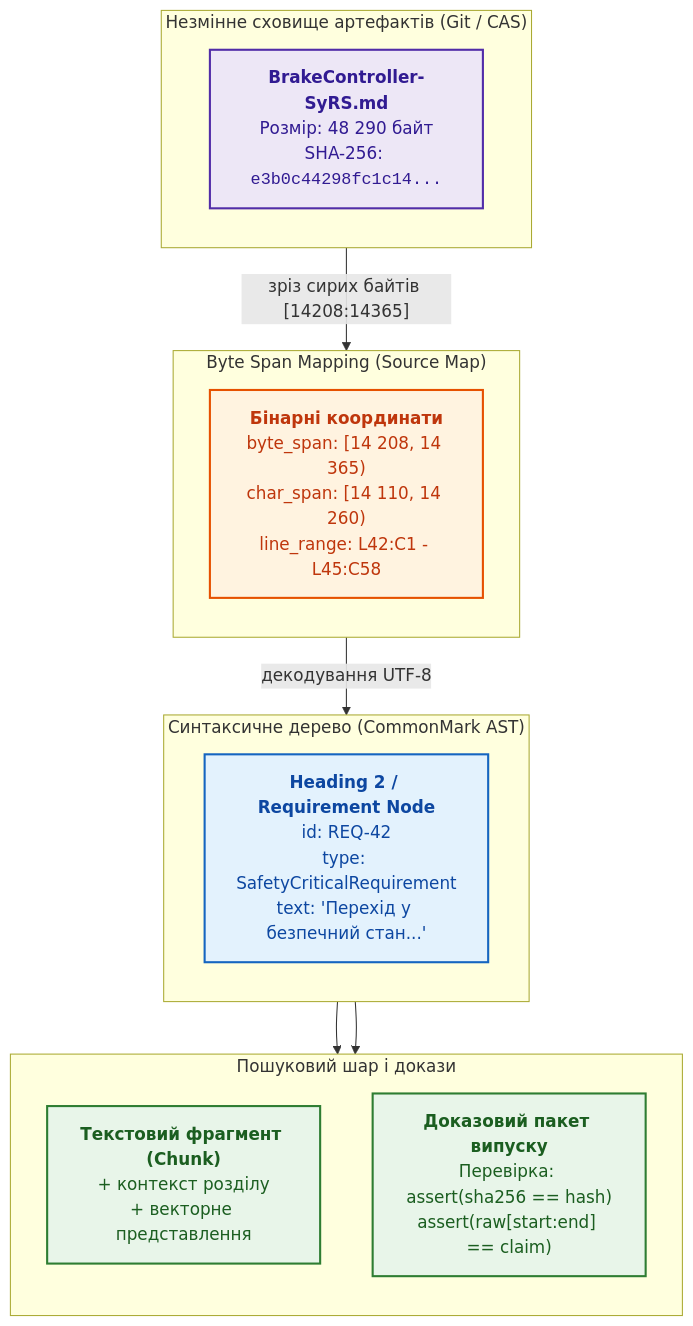
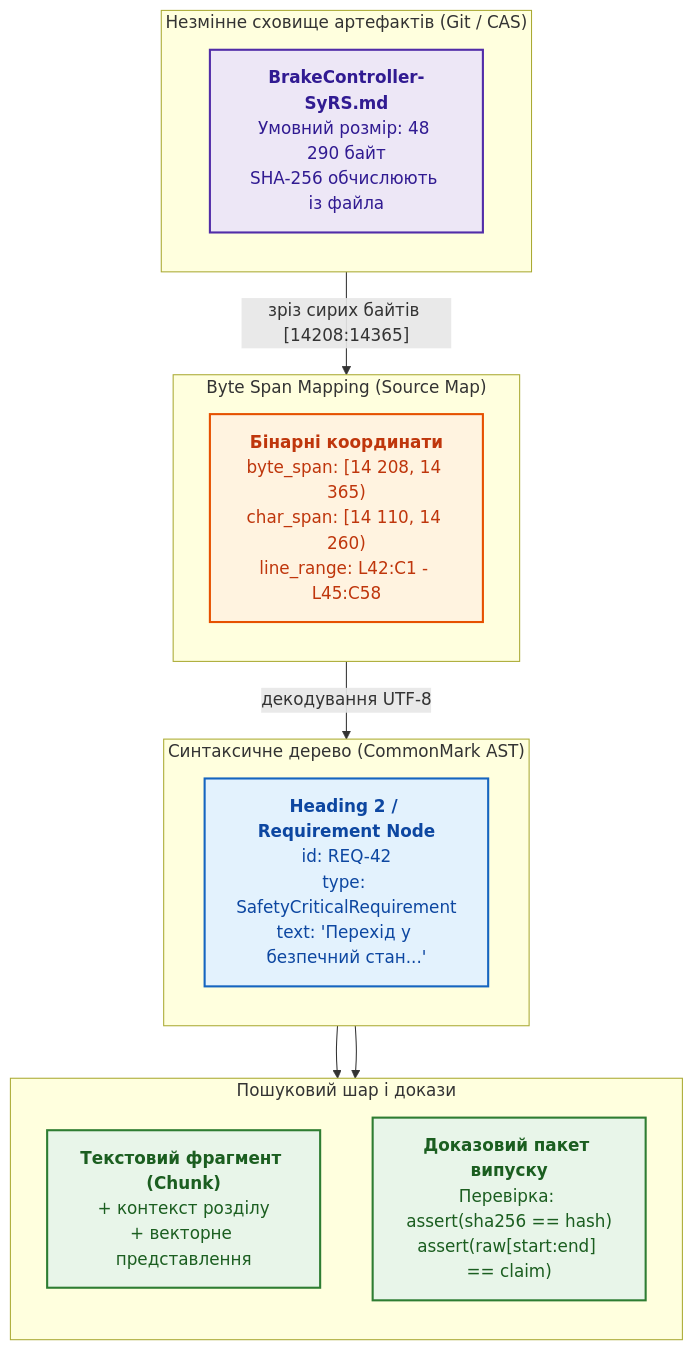
Before and after one commit to nick-fedchik/articles: the fourth of 10 diagrams in ExpertSystem/ch08-engineering-artifacts-as-data.md, drawn with Mermaid. The commit also changed other lines of this file and 1 other file, not shown here.

Commit message:
docs(ch08): remove invented hashes and commit id, fix empty-file SHA-256, byte source maps, UTF-8, half-open ranges (UK only)

````diff
--- a/ExpertSystem/ch08-engineering-artifacts-as-data.md
+++ b/ExpertSystem/ch08-engineering-artifacts-as-data.md
@@ -382,40 +382,40 @@
 ```mermaid
 flowchart TB
     accTitle: Простежуваність інженерного факту від сирих байтів до аудиторського пакета
     accDescr: Незмінний файл з хешем SHA-256 проєктується через зріз байтів у канонічний AST-вузол і пошуковий фрагмент, дозволяючи детерміновану звірку аудитором.
 
     subgraph Storage["Незмінне сховище артефактів (Git / CAS)"]
         direction TB
-        RawFile["<b>BrakeController-SyRS.md</b><br/>Розмір: 48 290 байт<br/>SHA-256: <code>e3b0c44298fc1c14...</code>"]
+        RawFile["<b>BrakeController-SyRS.md</b><br/>Умовний розмір: 48 290 байт<br/>SHA-256 обчислюють із файла"]
     end
 
     subgraph ByteMap["Byte Span Mapping (Source Map)"]
         direction TB
         Offsets["<b>Бінарні координати</b><br/>byte_span: [14 208, 14 365)<br/>char_span: [14 110, 14 260)<br/>line_range: L42:C1 - L45:C58"]
         RawFile -->|"зріз сирих байтів [14208:14365]"| Offsets
     end
 
     subgraph AST["Синтаксичне дерево (CommonMark AST)"]
         direction TB
         ASTNode["<b>Heading 2 / Requirement Node</b><br/>id: REQ-42<br/>type: SafetyCriticalRequirement<br/>text: 'Перехід у безпечний стан...'"]
         Offsets -->|"декодування UTF-8"| ASTNode
     end
 
     subgraph Retrieval["Пошуковий шар і докази"]
         direction TB
         Chunk["<b>Текстовий фрагмент (Chunk)</b><br/>+ контекст розділу<br/>+ векторне представлення"]
         Evidence["<b>Доказовий пакет випуску</b><br/>Перевірка: assert(sha256 == hash)<br/>assert(raw[start:end] == claim)"]
         ASTNode --> Chunk
         ASTNode --> Evidence
     end
 
     classDef store fill:#ede7f6,stroke:#512da8,stroke-width:2px,color:#311b92;
     classDef byte fill:#fff3e0,stroke:#e65100,stroke-width:2px,color:#bf360c;
     classDef ast fill:#e3f2fd,stroke:#1565c0,stroke-width:2px,color:#0d47a1;
     classDef proof fill:#e8f5e9,stroke:#2e7d32,stroke-width:2px,color:#1b5e20;
 
     class RawFile store;
     class Offsets byte;
     class ASTNode ast;
     class Chunk,Evidence proof;
 ```
````
